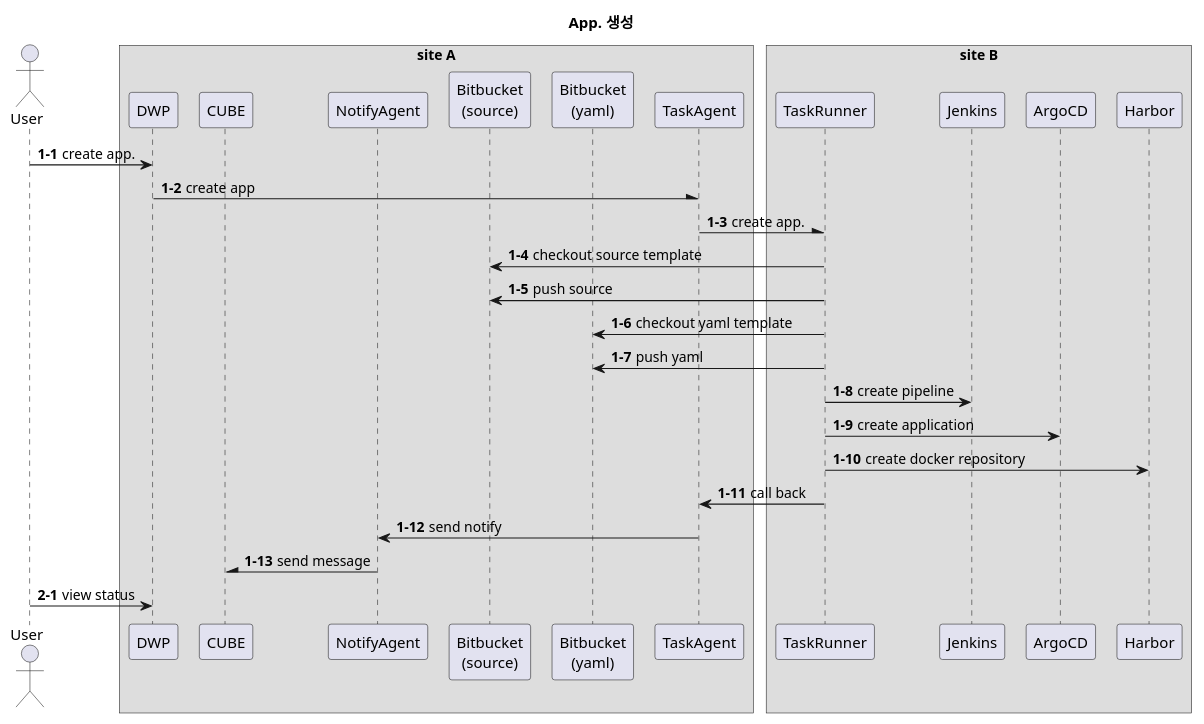
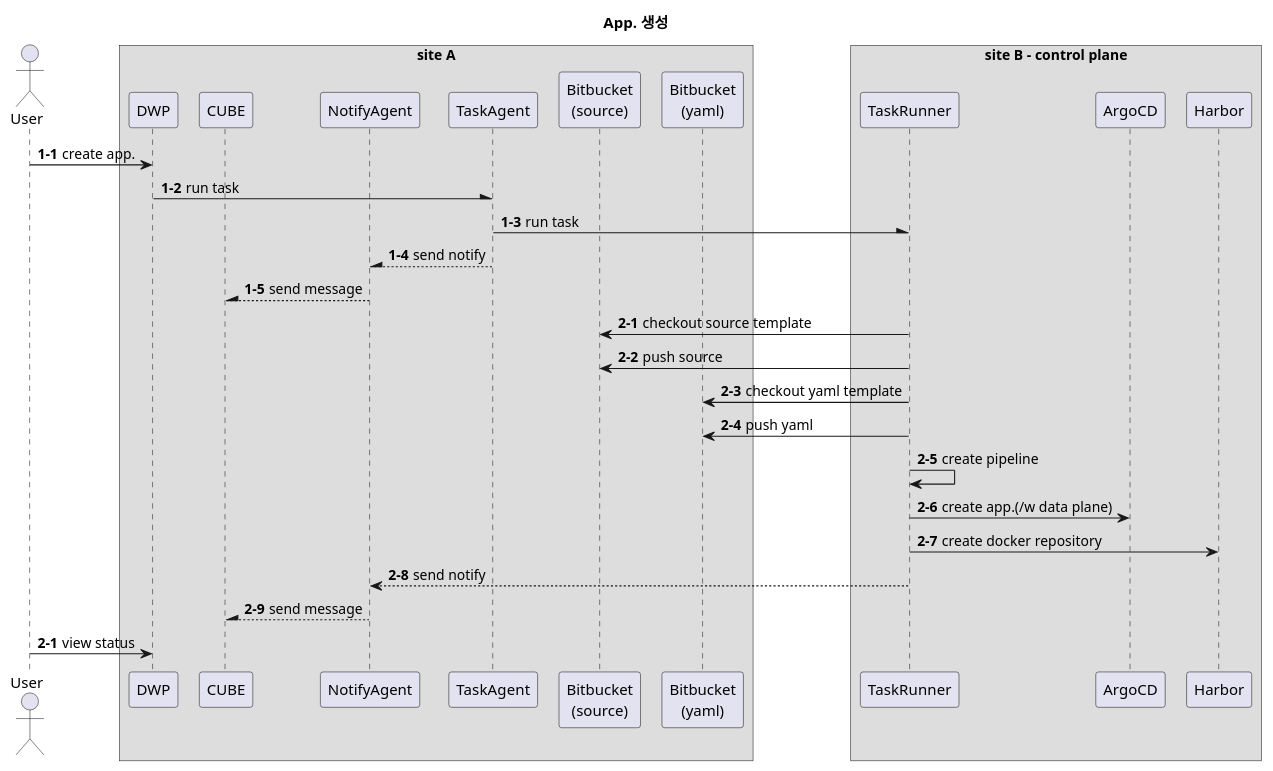
The fifth of 8 diagrams in docs/src/multi-cloud/diagram.md (kloudbank/htdp1.github.io), drawn with PlantUML before and after one commit. The commit also changed other lines of this file, not shown here.

```diff
--- a/docs/src/multi-cloud/diagram.md
+++ b/docs/src/multi-cloud/diagram.md
@@ -146,42 +183,44 @@
 @startuml
 
 scale 1
 skinparam ParticipantPadding 5
 skinparam BoxPadding 5
 title "App. 생성"
 
 actor User
 box "site A"
 participant DWP
 participant CUBE
 participant NotifyAgent
+participant TaskAgent
 participant "Bitbucket\n(source)" as source
 participant "Bitbucket\n(yaml)" as yaml
-participant TaskAgent
 end box
-box "site B"
+box "site B - control plane"
 participant TaskRunner
-participant Jenkins
 participant ArgoCD
 participant Harbor
 end box
 
 autonumber 1-1
 User -> DWP : create app.
-DWP -\ TaskAgent : create app
-TaskAgent -\ TaskRunner : create app.
+DWP -\ TaskAgent : run task
+TaskAgent -\ TaskRunner : run task
+TaskAgent --\ NotifyAgent : send notify
+NotifyAgent --\ CUBE : send message
+
+autonumber 2-1
 TaskRunner -> source : checkout source template
 TaskRunner -> source : push source
 TaskRunner -> yaml : checkout yaml template
 TaskRunner -> yaml : push yaml
-TaskRunner -> Jenkins : create pipeline
-TaskRunner -> ArgoCD : create application
+TaskRunner -> TaskRunner : create pipeline
+TaskRunner -> ArgoCD : create app.(/w data plane)
 TaskRunner -> Harbor : create docker repository
-TaskRunner -> TaskAgent : call back
-TaskAgent -> NotifyAgent : send notify
-NotifyAgent -\ CUBE : send message
+TaskRunner --> NotifyAgent : send notify
+NotifyAgent --\ CUBE : send message
 
 autonumber 2-1
 User -> DWP : view status
 
 @enduml
```
